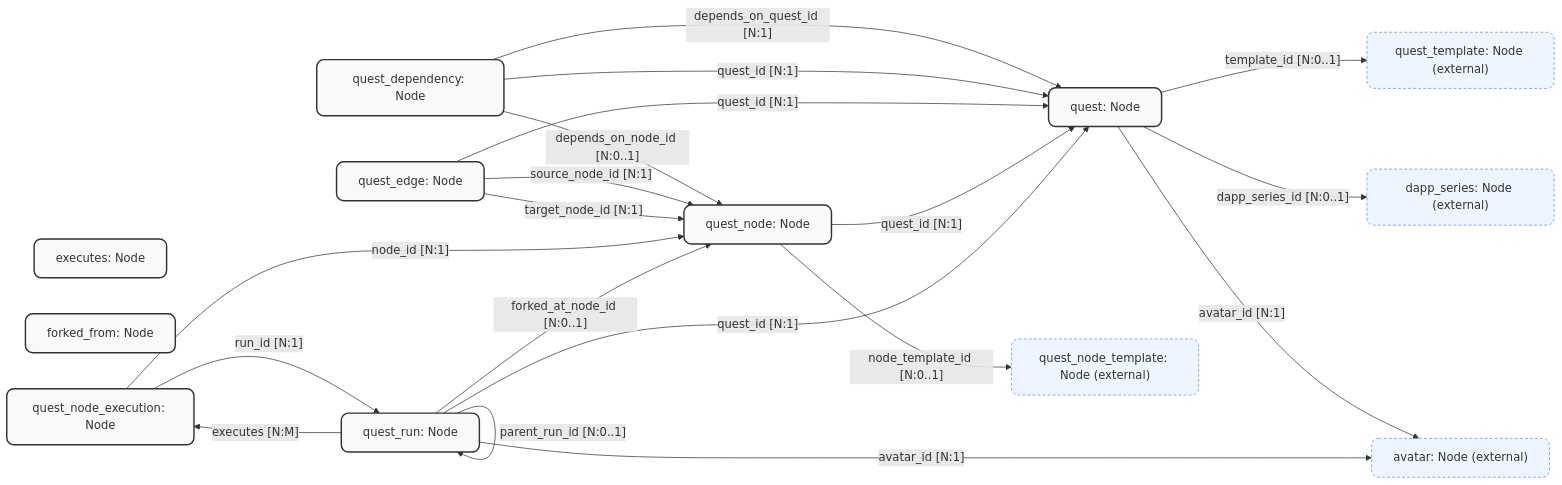
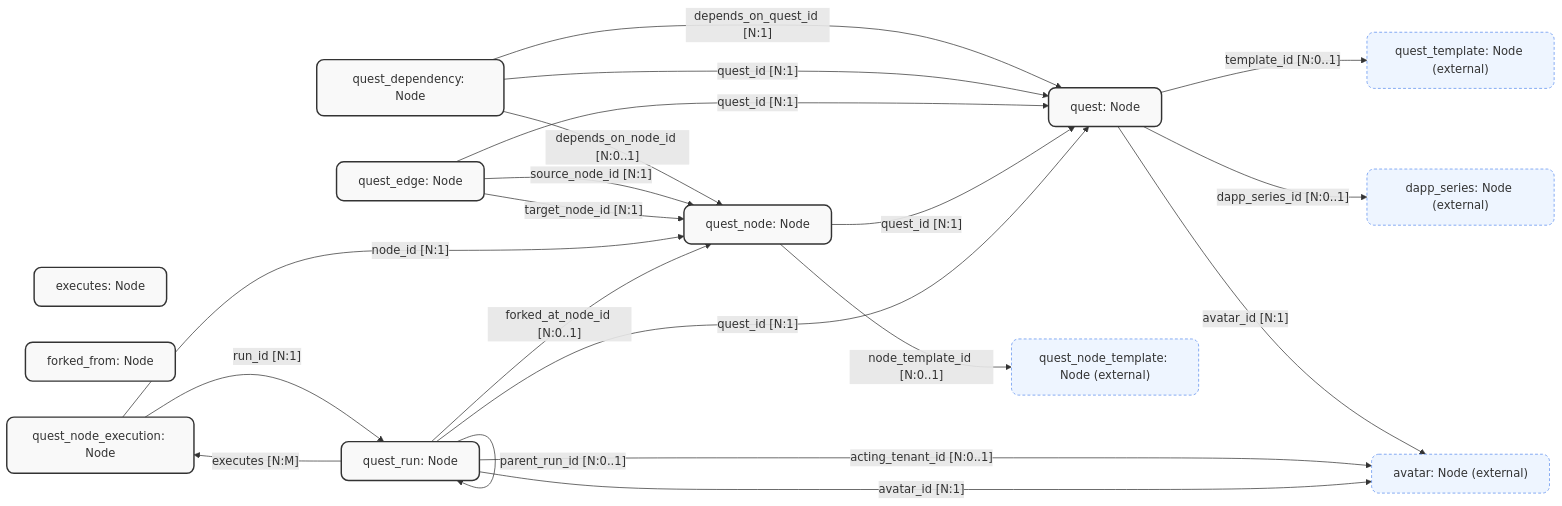
Before and after one commit to JadeZaher/azoa-autonomous-zones-of-action: the diagram in Persistence/SurrealDb/Generated/Flowcharts/quest.flowchart.mermaid, drawn with Mermaid. The commit also changed 1156 other files, not shown here.

```diff
--- a/Persistence/SurrealDb/Generated/Flowcharts/quest.flowchart.mermaid
+++ b/Persistence/SurrealDb/Generated/Flowcharts/quest.flowchart.mermaid
@@ -1,44 +1,45 @@
 graph LR
     %% Slice: quest
     %% GENERATED FILE -- do not edit. Source: SurrealDB schema attribute scan.
-    %% Regenerate with: dotnet run --project packages/Oasis.SurrealDb.Schema -- flowcharts
+    %% Regenerate with: dotnet run --project packages/Azoa.SurrealDb.Schema -- flowcharts
 
     %% Nodes in this slice
     executes["executes: Node"]:::nodeClass
     forked_from["forked_from: Node"]:::nodeClass
     quest["quest: Node"]:::nodeClass
     quest_dependency["quest_dependency: Node"]:::nodeClass
     quest_edge["quest_edge: Node"]:::nodeClass
     quest_node["quest_node: Node"]:::nodeClass
     quest_node_execution["quest_node_execution: Node"]:::nodeClass
     quest_run["quest_run: Node"]:::nodeClass
 
     %% Cross-slice targets (rendered as ghost nodes)
     avatar["avatar: Node (external)"]:::externalNode
     dapp_series["dapp_series: Node (external)"]:::externalNode
     quest_node_template["quest_node_template: Node (external)"]:::externalNode
     quest_template["quest_template: Node (external)"]:::externalNode
 
     %% Edges (outbound from this slice)
     quest -- "avatar_id [N:1]" --> avatar
     quest -- "dapp_series_id [N:0..1]" --> dapp_series
     quest -- "template_id [N:0..1]" --> quest_template
     quest_dependency -- "depends_on_quest_id [N:1]" --> quest
     quest_dependency -- "quest_id [N:1]" --> quest
     quest_dependency -- "depends_on_node_id [N:0..1]" --> quest_node
     quest_edge -- "quest_id [N:1]" --> quest
     quest_edge -- "source_node_id [N:1]" --> quest_node
     quest_edge -- "target_node_id [N:1]" --> quest_node
     quest_node -- "quest_id [N:1]" --> quest
     quest_node -- "node_template_id [N:0..1]" --> quest_node_template
     quest_node_execution -- "node_id [N:1]" --> quest_node
     quest_node_execution -- "run_id [N:1]" --> quest_run
+    quest_run -- "acting_tenant_id [N:0..1]" --> avatar
     quest_run -- "avatar_id [N:1]" --> avatar
     quest_run -- "quest_id [N:1]" --> quest
     quest_run -- "forked_at_node_id [N:0..1]" --> quest_node
     quest_run -- "executes [N:M]" --> quest_node_execution
     quest_run -- "forked_from [N:M]" --> quest_run
     quest_run -- "parent_run_id [N:0..1]" --> quest_run
 
     classDef nodeClass fill:#f9f9f9,stroke:#333,stroke-width:2px,rx:10px,ry:10px;
     classDef externalNode fill:#eef5ff,stroke:#5b8def,stroke-width:1px,stroke-dasharray:4 3,rx:10px,ry:10px;
```
